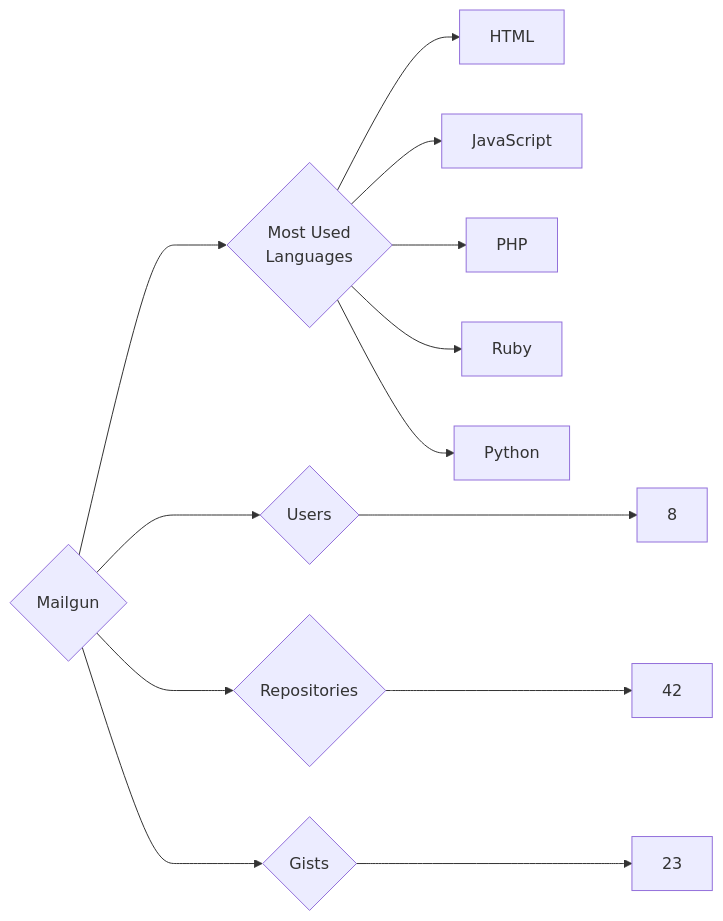
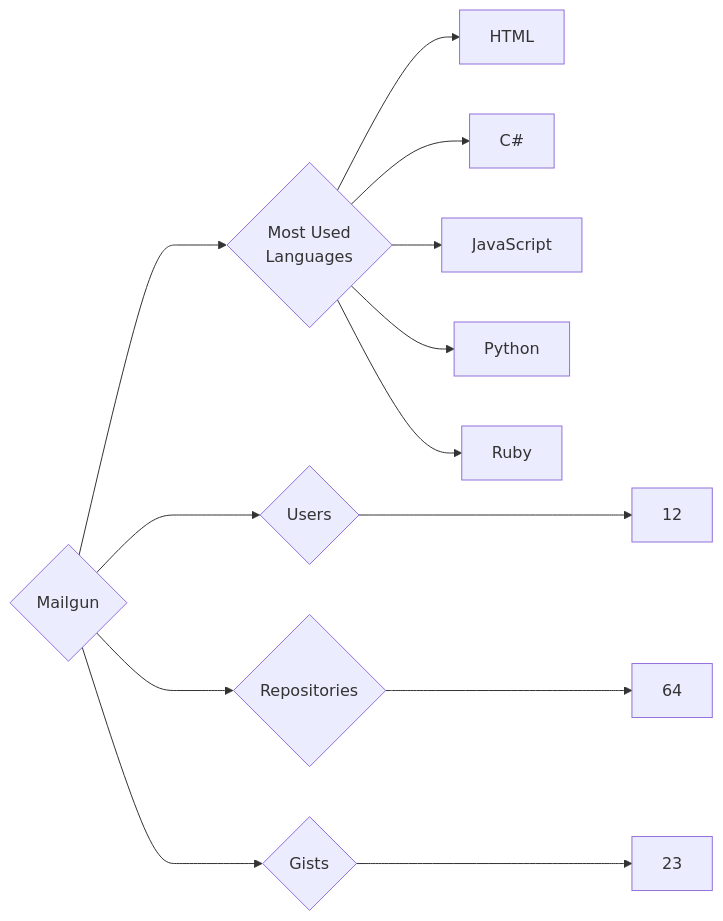
Before and after one commit to trickest/insiders: the diagram in targets/Mailgun/README.md, drawn with Mermaid. The commit also changed 927 other files, not shown here.

````diff
--- a/targets/Mailgun/README.md
+++ b/targets/Mailgun/README.md
@@ -3,13 +3,13 @@
 ```mermaid
 graph LR
 COMPANY_NAME{Mailgun}
-COMPANY_NAME ---> U{Users} ---> UN[8]
-COMPANY_NAME ---> R{Repositories} ---> RN[42]
+COMPANY_NAME ---> U{Users} ---> UN[12]
+COMPANY_NAME ---> R{Repositories} ---> RN[64]
 COMPANY_NAME ---> G{Gists} ---> GN[23]
 COMPANY_NAME ---> ML{Most Used<br>Languages}
 ML --> HTML[HTML]
+ML --> C#[C#]
 ML --> JavaScript[JavaScript]
-ML --> PHP[PHP]
+ML --> Python[Python]
 ML --> Ruby[Ruby]
-ML --> Python[Python]
 ```
````
